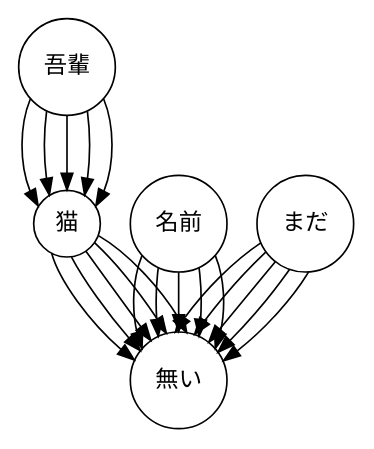
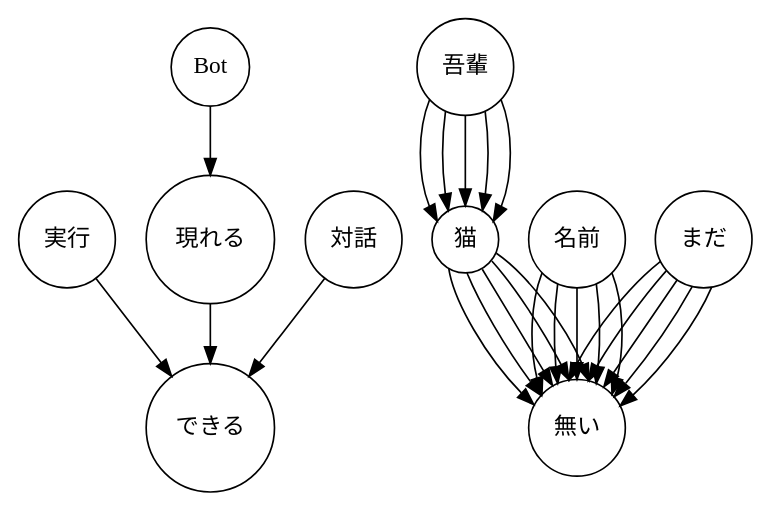
The diagram in dest/merge.dot (d0iasm/graph-docs), drawn with Graphviz before and after one commit. The commit also changed 6 other files, not shown here.

```diff
--- a/dest/merge.dot
+++ b/dest/merge.dot
@@ -1,5 +1,5 @@
 digraph root {
-	graph [bb="0,0,201,246"];
+	graph [bb="0,0,440.25,283.39"];
 	node [label="\N",
 		shape=circle
 	];
@@ -7,30 +7,30 @@
 		node [label="\N",
 			shape=circle
 		];
-		吾輩		 [height=0.80556,
-			label=吾輩,
-			pos="29,217",
-			width=0.80556];
-		猫		 [height=0.55556,
-			label=猫,
-			pos="29,123",
-			width=0.55556];
-		吾輩 -> 猫		 [pos="e,11.652,133.66 6.985,197.82 0.40332,181.87 0.33895,158.75 6.792,142.65"];
-		無い		 [height=0.80556,
-			label=無い,
-			pos="96,29",
-			width=0.80556];
-		猫 -> 無い		 [pos="e,69.355,41.261 19.833,105.13 24.436,88.804 42.269,64.17 61.403,47.605"];
-		名前		 [height=0.80556,
-			label=名前,
-			pos="96,123",
-			width=0.80556];
-		名前 -> 無い		 [pos="e,74.001,48.138 73.985,103.82 68.58,90.719 67.57,72.789 70.955,57.88"];
-		まだ		 [height=0.80556,
-			label=まだ,
-			pos="172,123",
-			width=0.80556];
-		まだ -> 無い		 [pos="e,94.09,58.052 145.31,111.45 128.88,100.53 111.44,82.871 99.87,66.778"];
+		実行		 [height=0.81243,
+			label=実行,
+			pos="29.247,151.04",
+			width=0.81243];
+		できる		 [height=1.0652,
+			label=できる,
+			pos="115.25,38.347",
+			width=1.0652];
+		実行 -> できる		 [pos="e,92.108,69.13 46.858,127.37 58.092,112.91 72.927,93.819 85.908,77.11"];
+		Bot		 [height=0.64994,
+			label=Bot,
+			pos="115.25,254.39",
+			width=0.64994];
+		現れる		 [height=1.0652,
+			label=現れる,
+			pos="115.25,151.04",
+			width=1.0652];
+		Bot -> 現れる		 [pos="e,115.25,189.6 115.25,230.89 115.25,221.7 115.25,210.7 115.25,199.86"];
+		現れる -> できる		 [pos="e,115.25,76.784 115.25,112.56 115.25,104.36 115.25,95.568 115.25,87.025"];
+		対話		 [height=0.81243,
+			label=対話,
+			pos="201.25,151.04",
+			width=0.81243];
+		対話 -> できる		 [pos="e,138.39,69.13 183.64,127.37 172.4,112.91 157.57,93.819 144.59,77.11"];
 	}
 	subgraph root {
 		graph [bb="0,0,201,246"];
@@ -41,25 +41,6 @@
 			width=""
 		];
 		edge [pos=""];
-		{
-			graph [bb="0,0,201,246"];
-			node [height="",
-				label="\N",
-				pos="",
-				shape=circle,
-				width=""
-			];
-			edge [pos=""];
-			吾輩;
-			猫;
-			吾輩 -> 猫			 [pos="e,18.417,140.23 16.753,190.37 15.105,177.83 15.083,162.75 16.687,150.14"];
-			無い;
-			猫 -> 無い			 [pos="e,72.985,46.873 31.697,102.94 39.194,88.864 52.927,69.597 66.151,54.4"];
-			名前;
-			名前 -> 無い			 [pos="e,83.771,55.49 83.753,96.373 82.495,86.803 82.184,75.758 82.82,65.459"];
-			まだ;
-			まだ -> 無い			 [pos="e,105.63,56.641 148.23,105.97 136.17,94.613 122.35,78.931 111.58,64.764"];
-		}
 		subgraph root {
 			graph [bb="0,0,201,246"];
 			node [height="",
@@ -78,15 +59,30 @@
 					width=""
 				];
 				edge [pos=""];
-				吾輩;
-				猫;
-				吾輩 -> 猫				 [pos="e,29,143.2 29,187.9 29,176.92 29,164.34 29,153.26"];
-				無い;
-				猫 -> 無い				 [pos="e,79.292,52.943 40.366,106.39 49.375,94.022 62.25,76.343 73.346,61.107"];
-				名前;
-				名前 -> 無い				 [pos="e,96,58.248 96,93.897 96,85.858 96,76.954 96,68.41"];
-				まだ;
-				まだ -> 無い				 [pos="e,114.15,51.965 153.99,100.2 144.03,88.14 131.51,72.983 120.65,59.841"];
+				吾輩				 [height=0.80556,
+					label=吾輩,
+					pos="268.25,254.39",
+					width=0.80556];
+				猫				 [height=0.55556,
+					label=猫,
+					pos="268.25,151.04",
+					width=0.55556];
+				吾輩 -> 猫				 [pos="e,251.43,161.91 246.79,234.8 239.45,216.67 239.4,189.23 246.65,170.98"];
+				無い				 [height=0.80556,
+					label=無い,
+					pos="335.25,38.347",
+					width=0.80556];
+				猫 -> 無い				 [pos="e,309.44,52.166 258.39,133.23 261.58,113.32 281.22,80.202 302.05,59.091"];
+				名前				 [height=0.80556,
+					label=名前,
+					pos="335.25,151.04",
+					width=0.80556];
+				名前 -> 無い				 [pos="e,314.27,58.407 314.18,130.76 307.42,113.46 306.44,87.828 311.23,68.106"];
+				まだ				 [height=0.80556,
+					label=まだ,
+					pos="411.25,151.04",
+					width=0.80556];
+				まだ -> 無い				 [pos="e,330.63,67.31 385.09,137.77 366.46,123.06 346.42,97.726 335.07,76.444"];
 			}
 			subgraph root {
 				graph [bb="0,0,201,246"];
@@ -108,16 +104,16 @@
 					edge [pos=""];
 					吾輩;
 					猫;
-					吾輩 -> 猫					 [pos="e,39.583,140.23 41.247,190.37 42.895,177.83 42.917,162.75 41.313,150.14"];
+					吾輩 -> 猫					 [pos="e,258,168.4 256.34,227.81 254.26,212.81 254.22,193.87 256.2,178.69"];
 					無い;
-					猫 -> 無い					 [pos="e,88.595,57.265 45.674,111.45 57.498,100.38 72.032,82.354 82.945,66.074"];
+					猫 -> 無い					 [pos="e,313.52,58.038 269.38,130.76 276.72,112.87 292.52,86.087 307.28,66.128"];
 					名前;
-					名前 -> 無い					 [pos="e,108.23,55.49 108.25,96.373 109.5,86.803 109.82,75.758 109.18,65.459"];
+					名前 -> 無い					 [pos="e,323.61,65.264 323.65,124.37 321.58,109.8 321.2,91.345 322.51,75.352"];
 					まだ;
-					まだ -> 無い					 [pos="e,119.63,45.889 162.39,95.39 152.98,81.992 139.53,65.909 126.92,53.046"];
+					まだ -> 無い					 [pos="e,342.14,66.605 388.81,132.26 375.07,116.96 358.75,94.404 347.23,75.351"];
 				}
 				subgraph root {
-					graph [bb="0,0,201.49,247.48"];
+					graph [bb="0,0,201,246"];
 					node [height="",
 						label="\N",
 						pos="",
@@ -126,7 +122,7 @@
 					];
 					edge [pos=""];
 					{
-						graph [bb="0,0,201.49,247.48"];
+						graph [bb="0,0,201,246"];
 						node [height="",
 							label="\N",
 							pos="",
@@ -136,13 +132,71 @@
 						edge [pos=""];
 						吾輩;
 						猫;
-						吾輩 -> 猫						 [pos="e,46.348,133.66 51.015,197.82 57.597,181.87 57.661,158.75 51.208,142.65"];
+						吾輩 -> 猫						 [pos="e,268.25,171.15 268.25,225.16 268.25,211.57 268.25,195.28 268.25,181.53"];
 						無い;
-						猫 -> 無い						 [pos="e,100.82,57.714 48.132,115.68 65.503,105.56 84.468,84.992 95.873,66.545"];
+						猫 -> 無い						 [pos="e,320.49,63.722 278.42,133.23 288.14,117.18 303.05,92.548 315.16,72.541"];
 						名前;
-						名前 -> 無い						 [pos="e,118,48.138 118.01,103.82 123.42,90.719 124.43,72.789 121.04,57.88"];
+						名前 -> 無い						 [pos="e,335.25,67.514 335.25,121.82 335.25,108.42 335.25,92.199 335.25,77.701"];
 						まだ;
-						まだ -> 無い						 [pos="e,122.92,40.705 173.88,93.897 164.58,78.457 147.95,59.83 131.15,46.682"];
+						まだ -> 無い						 [pos="e,351.34,62.788 395.13,126.56 384.05,110.42 369.19,88.79 357.05,71.109"];
+					}
+					subgraph root {
+						graph [bb="0,0,201,246"];
+						node [height="",
+							label="\N",
+							pos="",
+							shape=circle,
+							width=""
+						];
+						edge [pos=""];
+						{
+							graph [bb="0,0,201,246"];
+							node [height="",
+								label="\N",
+								pos="",
+								shape=circle,
+								width=""
+							];
+							edge [pos=""];
+							吾輩;
+							猫;
+							吾輩 -> 猫							 [pos="e,278.49,168.4 280.15,227.81 282.23,212.81 282.28,193.87 280.3,178.69"];
+							無い;
+							猫 -> 無い							 [pos="e,330.33,67.092 284.16,138.19 297.47,123.46 314.47,97.6 325.84,76.029"];
+							名前;
+							名前 -> 無い							 [pos="e,346.88,65.264 346.85,124.37 348.92,109.8 349.3,91.345 347.99,75.352"];
+							まだ;
+							まだ -> 無い							 [pos="e,357.63,57.07 404.29,122.68 394.5,105.07 378.82,82.338 364.51,65.065"];
+						}
+						subgraph root {
+							graph [bb="0,0,201.49,247.48"];
+							node [height="",
+								label="\N",
+								pos="",
+								shape=circle,
+								width=""
+							];
+							edge [pos=""];
+							{
+								graph [bb="0,0,201.49,247.48"];
+								node [height="",
+									label="\N",
+									pos="",
+									shape=circle,
+									width=""
+								];
+								edge [pos=""];
+								吾輩;
+								猫;
+								吾輩 -> 猫								 [pos="e,285.07,161.91 289.7,234.8 297.05,216.67 297.09,189.23 289.85,170.98"];
+								無い;
+								猫 -> 無い								 [pos="e,342.41,66.532 286.88,142.78 306.3,129.42 327.82,100.12 338.6,76.102"];
+								名前;
+								名前 -> 無い								 [pos="e,356.23,58.407 356.31,130.76 363.08,113.46 364.06,87.828 359.26,68.106"];
+								まだ;
+								まだ -> 無い								 [pos="e,361.16,51.428 416,122.39 407.36,102.27 388.04,75.558 368.8,57.931"];
+							}
+						}
 					}
 				}
 			}
```
